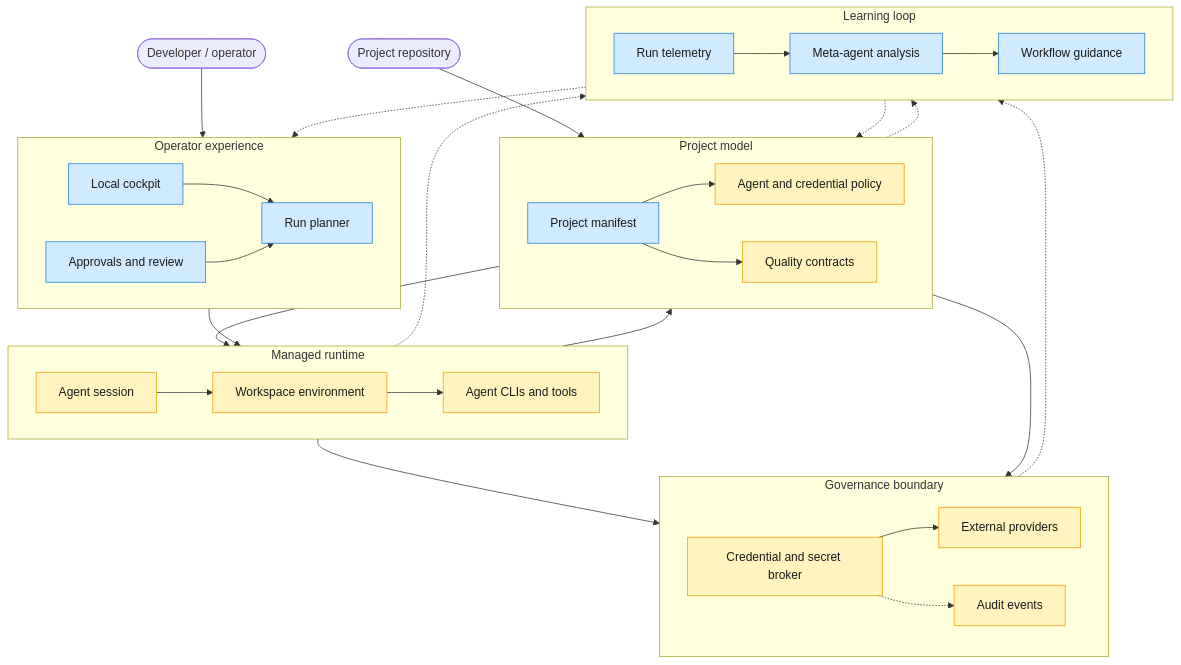
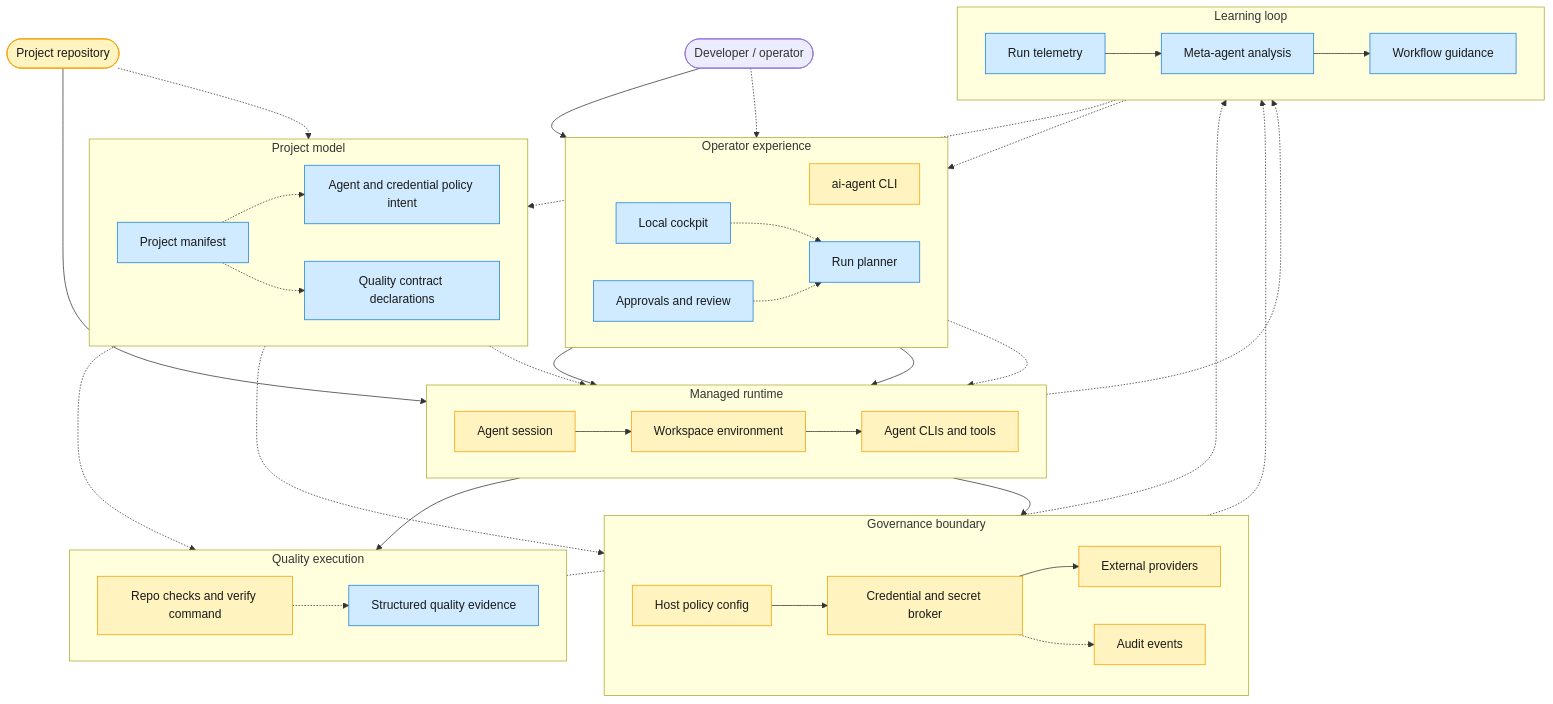
The first of 2 diagrams in docs/current-north-star-architecture.md (maryzam/ai-crew-localdev), drawn with Mermaid before and after one commit. The commit also changed other lines of this file, not shown here.

Commit message:
Clarify architecture domain boundaries

````diff
--- a/docs/current-north-star-architecture.md
+++ b/docs/current-north-star-architecture.md
@@ -23,6 +23,7 @@
 
     subgraph Experience[Operator experience]
         direction LR
+        CLI[ai-agent CLI]
         Cockpit[Local cockpit]
         Planner[Run planner]
         Approvals[Approvals and review]
@@ -31,8 +32,8 @@
     subgraph ProjectModel[Project model]
         direction LR
         Manifest[Project manifest]
-        Policy[Agent and credential policy]
-        Contracts[Quality contracts]
+        PolicyIntent[Agent and credential policy intent]
+        ContractDeclarations[Quality contract declarations]
     end
 
     subgraph Runtime[Managed runtime]
@@ -44,9 +45,16 @@
 
     subgraph Governance[Governance boundary]
         direction LR
+        Policy[Host policy config]
         Broker[Credential and secret broker]
         Providers[External providers]
         Audit[Audit events]
+    end
+
+    subgraph Quality[Quality execution]
+        direction LR
+        Checks[Repo checks and verify command]
+        Evidence[Structured quality evidence]
     end
 
     subgraph Intelligence[Learning loop]
@@ -56,25 +64,32 @@
         Guidance[Workflow guidance]
     end
 
-    Operator --> Cockpit
-    Cockpit --> Planner
-    Approvals --> Planner
-    Project --> Manifest
-    Manifest --> Policy
-    Manifest --> Contracts
-    Manifest --> Workspace
+    Operator --> CLI
+    Operator -.-> Cockpit
+    Cockpit -.-> Planner
+    Approvals -.-> Planner
+    Project --> Workspace
+    Project -.-> Manifest
+    Manifest -.-> PolicyIntent
+    Manifest -.-> ContractDeclarations
+    Manifest -.-> Workspace
 
-    Planner --> Session
+    CLI --> Session
+    CLI --> Workspace
+    Planner -.-> Session
     Session --> Workspace
     Workspace --> Agents
-    Agents --> Contracts
+    Agents --> Checks
+    ContractDeclarations -.-> Checks
+    Checks -.-> Evidence
+    Evidence -.-> Telemetry
+    PolicyIntent -.-> Policy
     Policy --> Broker
     Agents --> Broker
     Broker --> Providers
 
     Broker -.-> Audit
     Session -.-> Telemetry
-    Contracts -.-> Telemetry
     Audit -.-> Telemetry
     Telemetry --> Meta
     Meta --> Guidance
@@ -83,6 +98,7 @@
 
     classDef current fill:#fff3bf,stroke:#f59f00,color:#1a1a1a
     classDef north fill:#d0ebff,stroke:#1c7ed6,color:#1a1a1a
-    class Policy,Contracts,Session,Workspace,Agents,Broker,Providers,Audit current
-    class Cockpit,Planner,Approvals,Manifest,Telemetry,Meta,Guidance north
+    class CLI,Project,Policy,Session,Workspace,Agents,Broker,Providers,Audit,Checks current
+    class Cockpit,Planner,Approvals,Manifest,PolicyIntent north
+    class ContractDeclarations,Evidence,Telemetry,Meta,Guidance north
 ```
````
